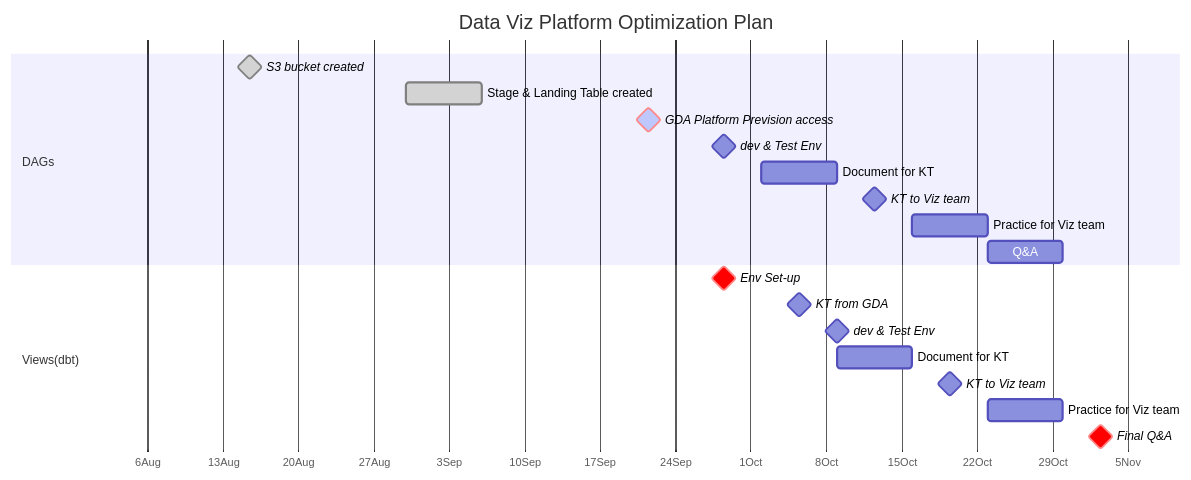
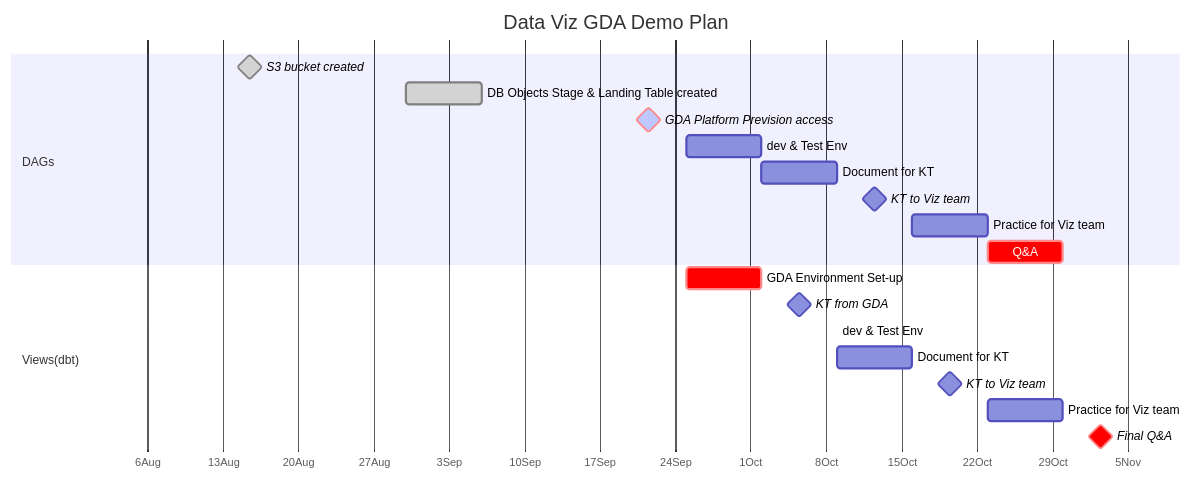
Before and after one commit to Jamesxuxiao/plan: the diagram in Plan.md, drawn with Mermaid.

````diff
--- a/Plan.md
+++ b/Plan.md
@@ -6,35 +6,35 @@
 ```mermaid
 gantt
     dateFormat  YYYY-MM-DD
-    title       Data Viz Platform Optimization Plan
+    title       Data Viz GDA Demo Plan
     axisFormat %e%b
     todayMarker on
     %%excludes    weekends
     tickInterval 1week
     %% (`excludes` accepts specific dates in YYYY-MM-DD format, days of the week ("sunday") or "weekends", but not the word "weekdays".)
 
 
     section A ridiculously <br> long section <br> name
 
     section DAGs
     S3 bucket created: milestone, done, des09, 2023-08-01, 2023-08-30
-    Stage & Landing Table created      : done, desc10, after des09,1w
+    DB Objects Stage & Landing Table created      : done, desc10, after des09,1w
     GDA Platform Prevision access    : milestone,active,crit,   des11, after des10, 1w
-    dev & Test Env              :    milestone,des12, after des11, 1w
+    dev & Test Env              :    des12, after des11, 1w
     Document for KT             :    des13, after des12, 1w
     KT to Viz team              :    milestone,des14, after des13, 1w
     Practice for Viz team       :    des15, after des14, 1w
-    Q&A                         :    des16, after des15, 1w
+    Q&A                         :    crit, des16, after des15, 1w
 
     section Views(dbt)
-    Env Set-up                  :    milestone,crit, des41, after des11, 1w
+    GDA Environment Set-up                  :    crit, des41, after des11, 1w
     KT from GDA                 :    milestone, des42, after des41, 1w
-    dev & Test Env              :    milestone, des43, after des42,des13 1w
+    dev & Test Env              :    des43, after des42,des13 1w
     Document for KT             :    des44, after des43, 1w
     KT to Viz team              :    milestone,des45, after des44, 1w
     Practice for Viz team       :    des46, after des45, 1w
     Final Q&A                         :    milestone,crit, des47, after des46, 1w
 
 
 
 ```
````
